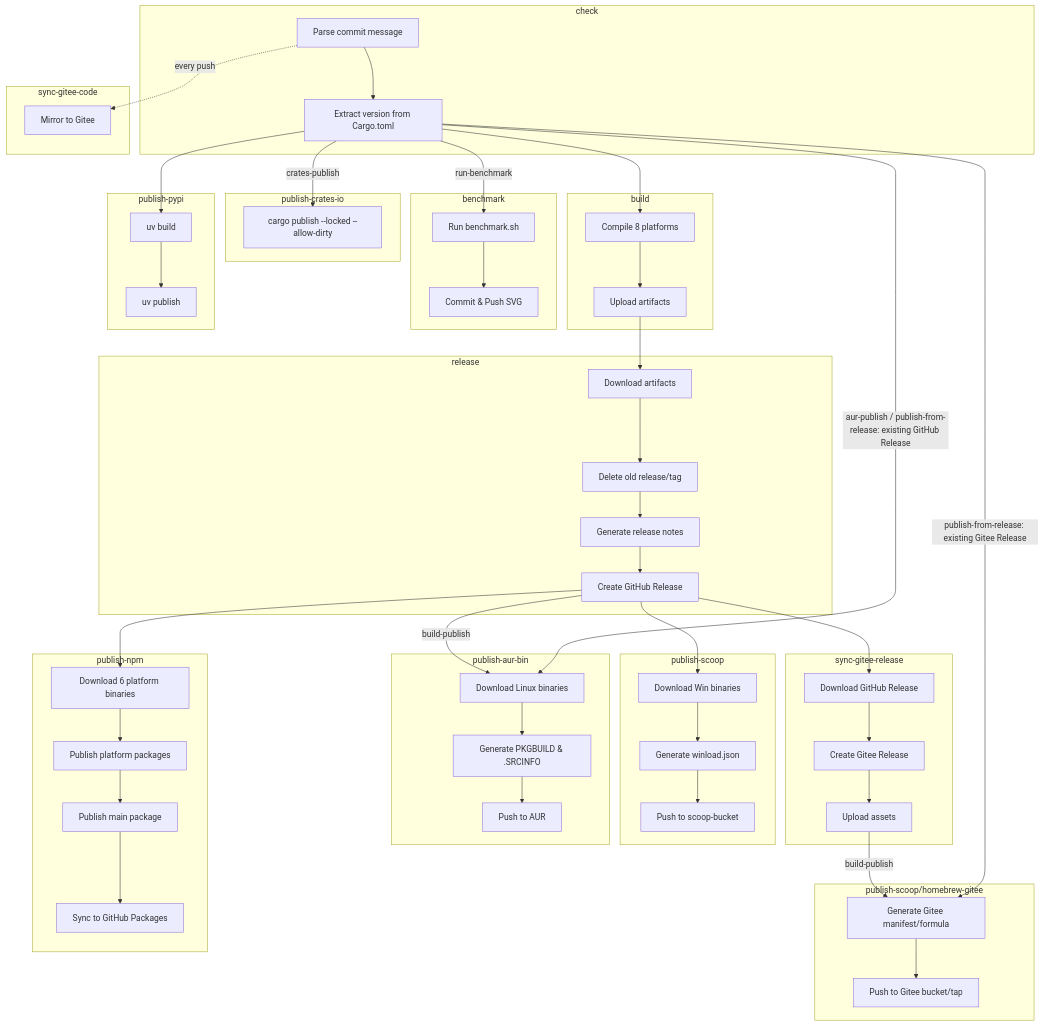
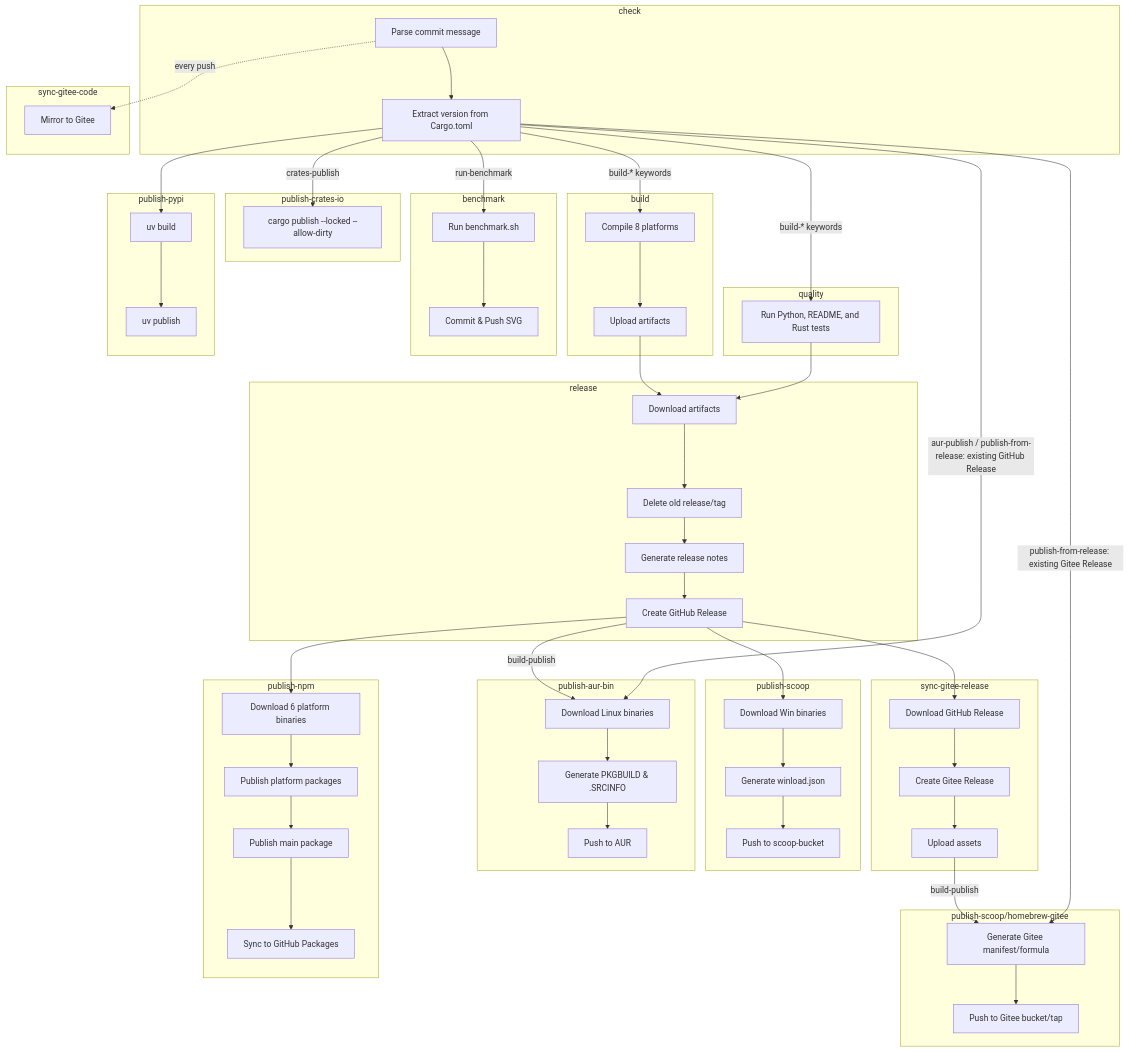
The diagram in .github/workflows/build.md (VincentZyuApps/winload), drawn with Mermaid before and after one commit. The commit also changed other lines of this file and 17 other files, not shown here.

```diff
--- a/.github/workflows/build.md
+++ b/.github/workflows/build.md
@@ -189,6 +190,10 @@
     subgraph build["build"]
         B1[Compile 8 platforms]
         B2[Upload artifacts]
+    end
+
+    subgraph quality["quality"]
+        T1[Run Python, README, and Rust tests]
     end
     
     subgraph release["release"]
@@ -244,13 +249,15 @@
 
     C1 --> C2
     C1 -."every push".-> SC1
-    C2 --> B1
+    C2 --"build-* keywords"--> B1
+    C2 --"build-* keywords"--> T1
     C2 --"run-benchmark"--> BM1
     C2 --> PY1
     BM1 --> BM2
     PY1 --> PY2
     B1 --> B2
     B2 --> R1
+    T1 --> R1
     C2 --"crates-publish"--> CR1
     R1 --> R2 --> R3 --> R4
     R4 --> S1
```
